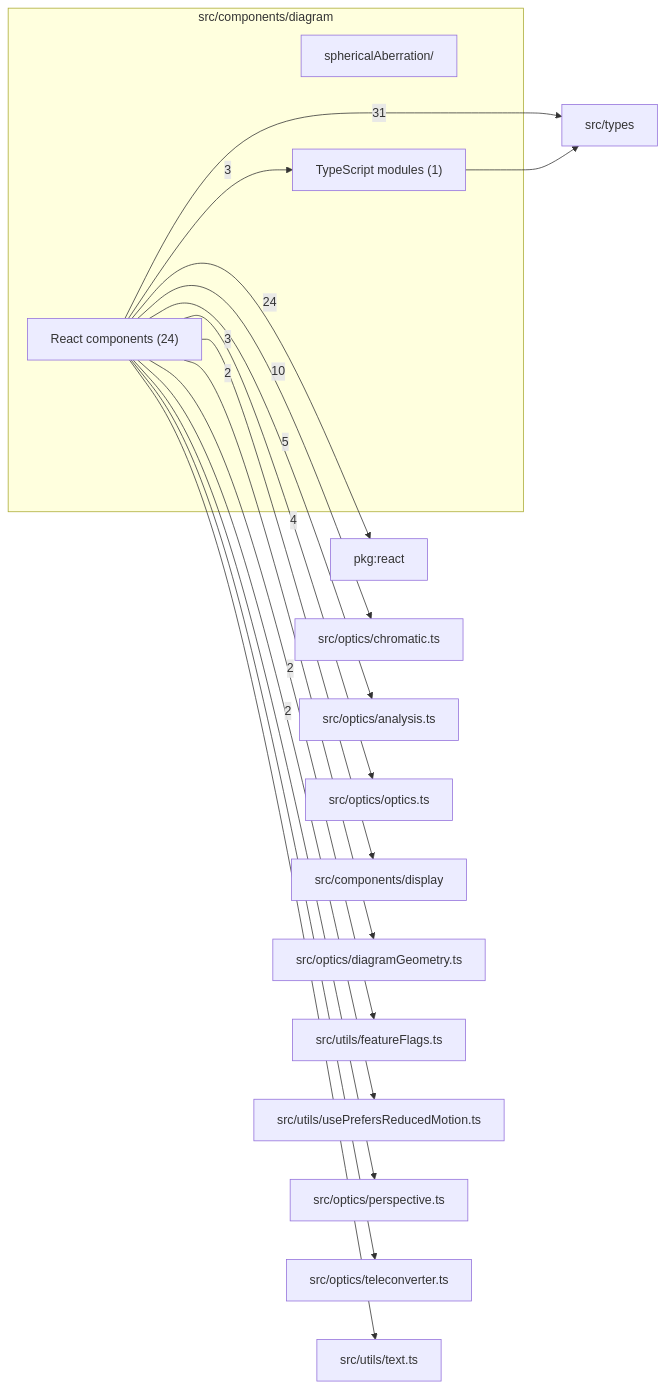
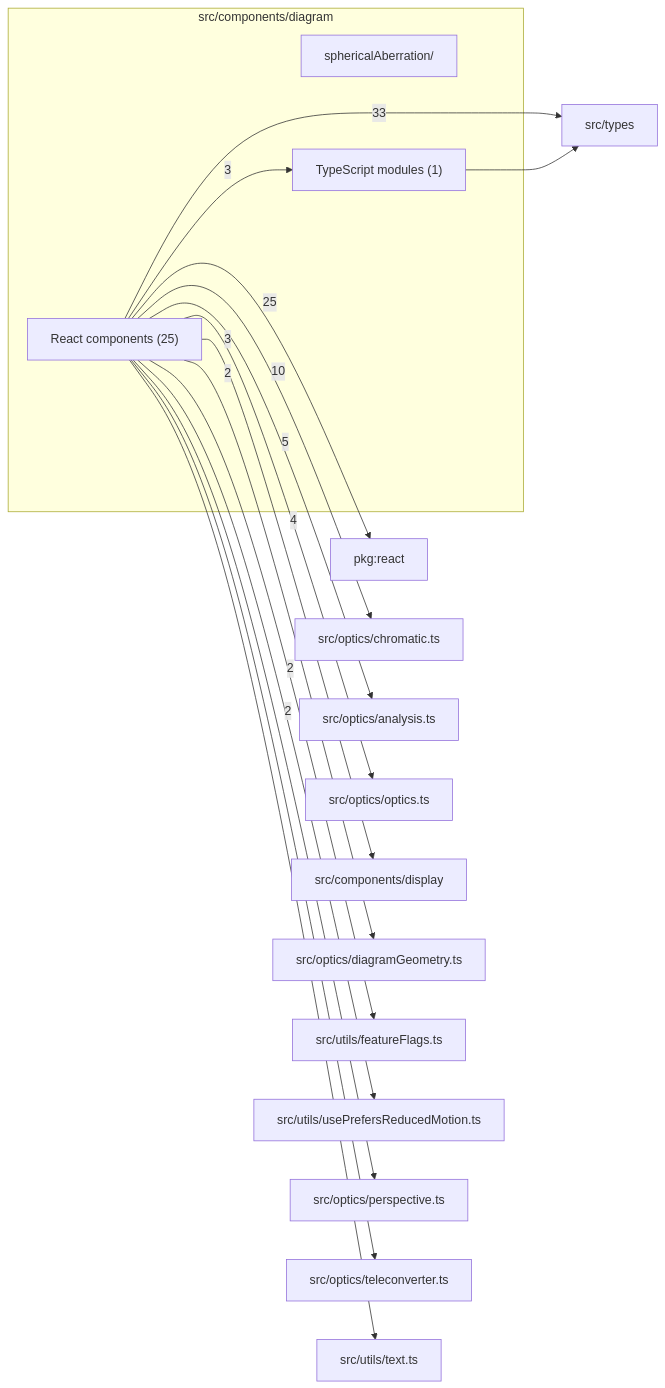
The diagram in src/components/diagram/readme.md (ronbuening/LensVisualizer), drawn with Mermaid before and after one commit. The commit also changed other lines of this file and 19 other files, not shown here.

````diff
--- a/src/components/diagram/readme.md
+++ b/src/components/diagram/readme.md
@@ -9,34 +9,34 @@
 ```mermaid
 flowchart LR
   subgraph n_src_components_diagram["src/components/diagram"]
     n_src_components_diagram_src_components_diagram_sphericalAberration["sphericalAberration/"]
-    n_src_components_diagram_React_components["React components (24)"]
+    n_src_components_diagram_React_components["React components (25)"]
     n_src_components_diagram_TypeScript_modules["TypeScript modules (1)"]
   end
   n_external_src_types["src/types"]
   n_external_pkg_react["pkg:react"]
   n_external_src_optics_chromatic_ts["src/optics/chromatic.ts"]
   n_external_src_optics_analysis_ts["src/optics/analysis.ts"]
   n_external_src_optics_optics_ts["src/optics/optics.ts"]
   n_external_src_components_display["src/components/display"]
   n_external_src_optics_diagramGeometry_ts["src/optics/diagramGeometry.ts"]
   n_external_src_utils_featureFlags_ts["src/utils/featureFlags.ts"]
   n_external_src_utils_usePrefersReducedMotion_ts["src/utils/usePrefersReducedMotion.ts"]
   n_external_src_optics_perspective_ts["src/optics/perspective.ts"]
   n_external_src_optics_teleconverter_ts["src/optics/teleconverter.ts"]
   n_external_src_utils_text_ts["src/utils/text.ts"]
-  n_src_components_diagram_React_components --> |31| n_external_src_types
-  n_src_components_diagram_React_components --> |24| n_external_pkg_react
+  n_src_components_diagram_React_components --> |33| n_external_src_types
+  n_src_components_diagram_React_components --> |25| n_external_pkg_react
   n_src_components_diagram_React_components --> |10| n_external_src_optics_chromatic_ts
   n_src_components_diagram_React_components --> |5| n_external_src_optics_analysis_ts
   n_src_components_diagram_React_components --> |4| n_external_src_optics_optics_ts
   n_src_components_diagram_React_components --> |3| n_external_src_components_display
   n_src_components_diagram_React_components --> |3| n_src_components_diagram_TypeScript_modules
   n_src_components_diagram_React_components --> |2| n_external_src_optics_diagramGeometry_ts
   n_src_components_diagram_React_components --> |2| n_external_src_utils_featureFlags_ts
   n_src_components_diagram_React_components --> |2| n_external_src_utils_usePrefersReducedMotion_ts
   n_src_components_diagram_React_components --> n_external_src_optics_perspective_ts
   n_src_components_diagram_React_components --> n_external_src_optics_teleconverter_ts
   n_src_components_diagram_TypeScript_modules --> n_external_src_types
   n_src_components_diagram_React_components --> n_external_src_utils_text_ts
 ```
````
